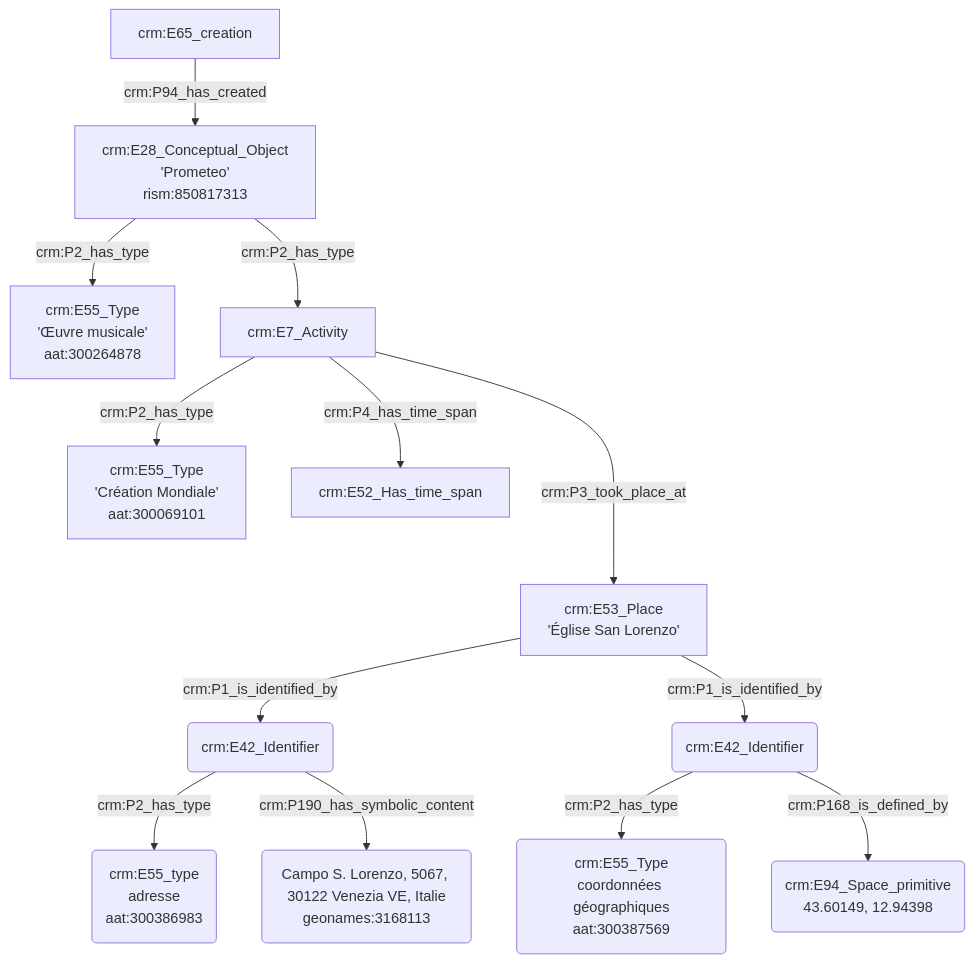
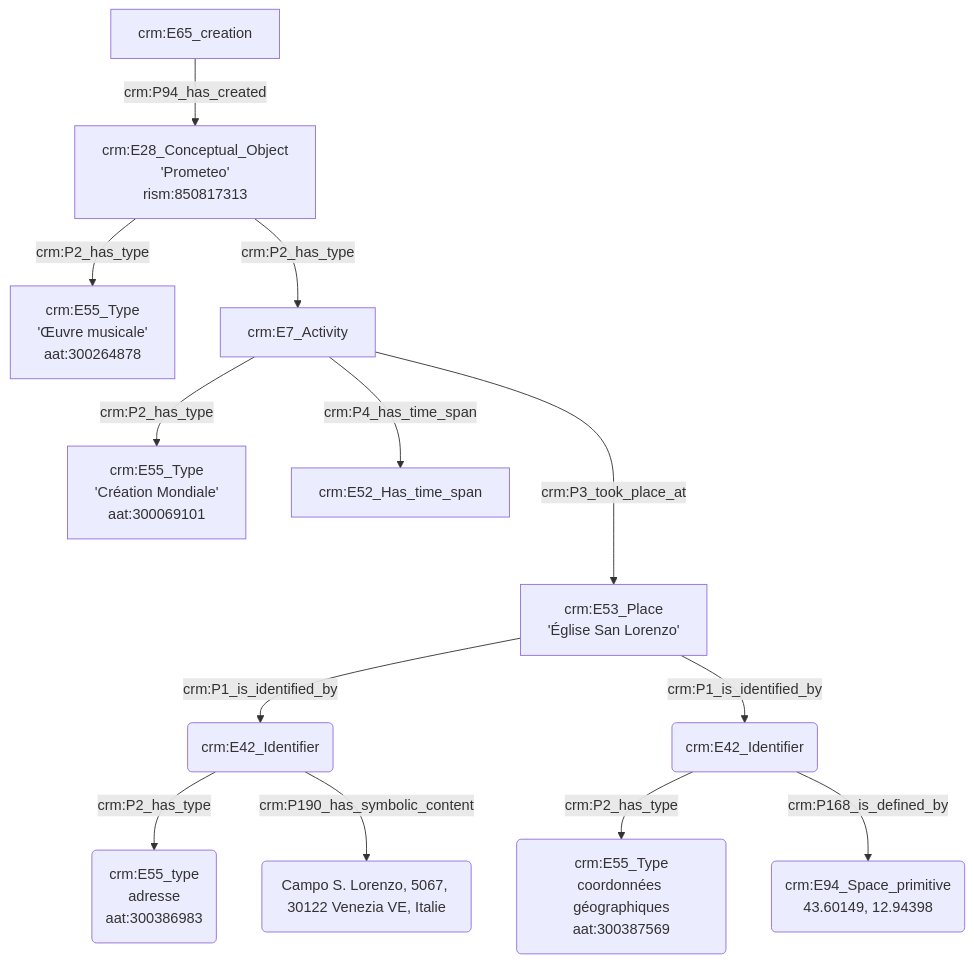
The fourth of 5 diagrams in Exemple1.md (GusBraud/OntoMatchGameGus), drawn with Mermaid before and after one commit.

````diff
--- a/Exemple1.md
+++ b/Exemple1.md
@@ -54,17 +54,17 @@
 ```mermaid
 graph TD;
 
 D[crm:E65_creation] --> |crm:P94_has_created| E[crm:E28_Conceptual_Object<br>'Prometeo'<br>rism:850817313]
 E[crm:E28_Conceptual_Object<br>'Prometeo'<br>rism:850817313] --> |crm:P2_has_type| F[crm:E55_Type<br>'Œuvre musicale'<br>aat:300264878]
 E[crm:E28_Conceptual_Object<br>'Prometeo'<br>rism:850817313] --> |crm:P2_has_type| G[crm:E7_Activity]
 G[crm:E7_Activity] --> |crm:P2_has_type| H[crm:E55_Type<br>'Création Mondiale'<br>aat:300069101]
-G[crm:E7_Activity] ---> |crm:P3_took_place_at| I[crm:E53_Place<br>'Église San Lorenzo']
+G[crm:E7_Activity] ---> |crm:P3_took_place_at| I[crm:E53_Place<br>'Église San Lorenzo'<br>geonames:3168113]
 G[crm:E7_Activity] --> |crm:P4_has_time_span| J[crm:E52_Has_time_span]
-I[crm:E53_Place<br>'Église San Lorenzo'] -->|crm:P1_is_identified_by| K(crm:E42_Identifier)
+I[crm:E53_Place<br>'Église San Lorenzo'<br>geonames:3168113] -->|crm:P1_is_identified_by| K(crm:E42_Identifier)
 K(crm:E42_Identifier) --> |crm:P2_has_type| L(crm:E55_type<br>adresse<br>aat:300386983)
-K(crm:E42_Identifier) --> |crm:P190_has_symbolic_content| M(Campo S. Lorenzo, 5067, 30122 Venezia VE, Italie<br>geonames:3168113)
+K(crm:E42_Identifier) --> |crm:P190_has_symbolic_content| M(Campo S. Lorenzo, 5067, 30122 Venezia VE, Italie)
 I[crm:E53_Place<br>'Église San Lorenzo'] --> |crm:P1_is_identified_by| N(crm:E42_Identifier)
 N(crm:E42_Identifier) --> |crm:P2_has_type| O(crm:E55_Type<br>coordonnées géographiques<br>aat:300387569)
 N(crm:E42_Identifier) --> |crm:P168_is_defined_by| P(crm:E94_Space_primitive<br>43.60149, 12.94398)
 
 ```
````
